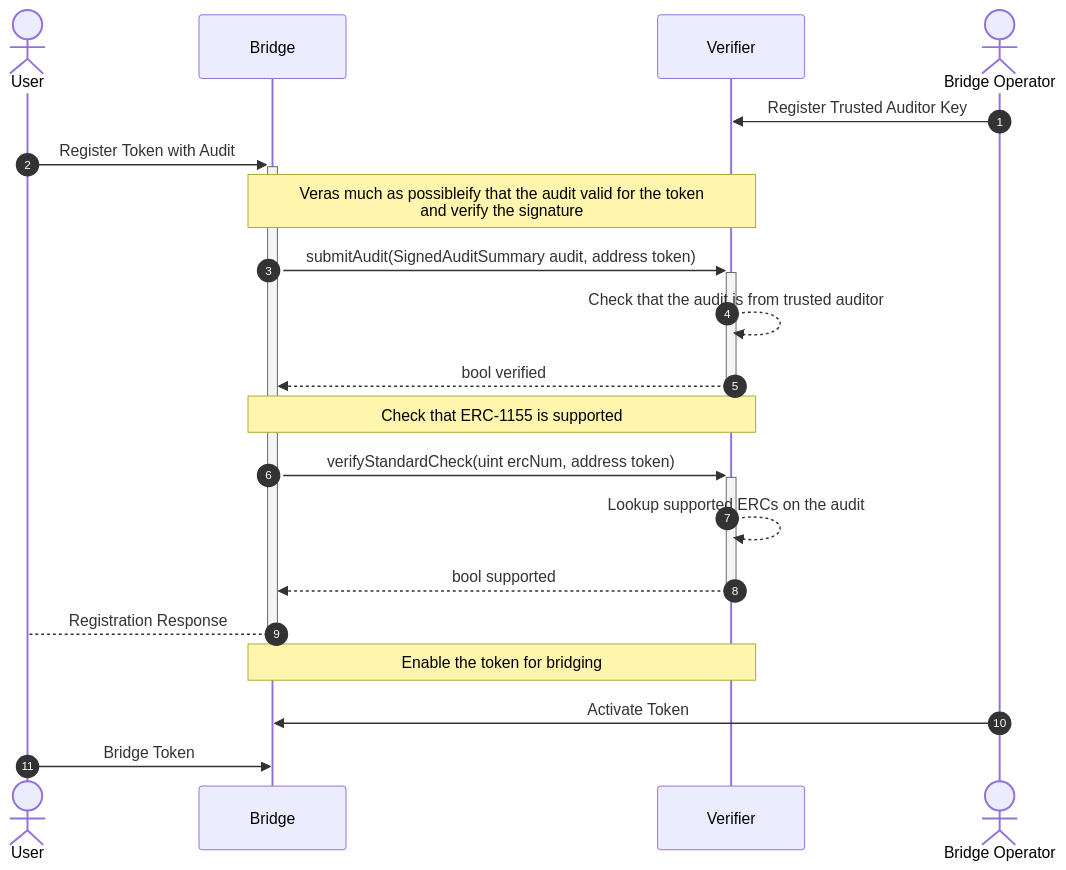
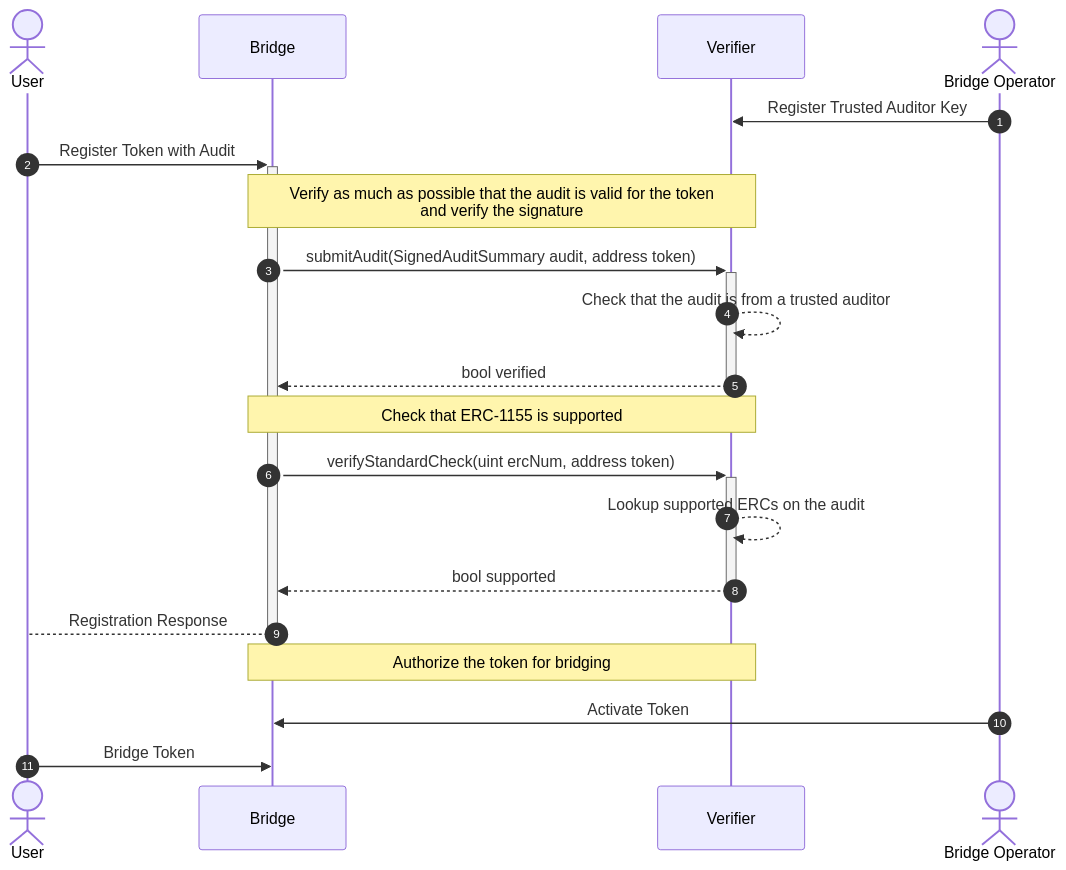
Before and after one commit to OnchainAudit/usecases: the diagram in simple_token_bridge.md, drawn with Mermaid.

Commit message:
Diagram: Simple Typo Corrections

````diff
--- a/simple_token_bridge.md
+++ b/simple_token_bridge.md
@@ -4,23 +4,23 @@
 ```mermaid
 sequenceDiagram
 	autonumber
 	actor U as User
 	participant B as Bridge
 	participant V as Verifier
 	actor O as Bridge Operator
 	O->>V: Register Trusted Auditor Key
 	U->>+B: Register Token with Audit
-	Note over B,V: Veras much as possibleify that the audit valid for the token<br>and verify the signature 
+	Note over B,V: Verify as much as possible that the audit is valid for the token<br>and verify the signature 
 	B->>+V: submitAudit(SignedAuditSummary audit, address token)
-	V-->>V: Check that the audit is from trusted auditor
+	V-->>V: Check that the audit is from a trusted auditor
 	V-->>-B: bool verified
 	Note over B,V: Check that ERC-1155 is supported
 	B->>+V: verifyStandardCheck(uint ercNum, address token)
 	V-->>V: Lookup supported ERCs on the audit
 	V-->>-B: bool supported
 	B-->-U: Registration Response
-	Note over B,V: Enable the token for bridging
+	Note over B,V: Authorize the token for bridging
 	O->>B: Activate Token
 	U->>B: Bridge Token
 	
 ```
````
